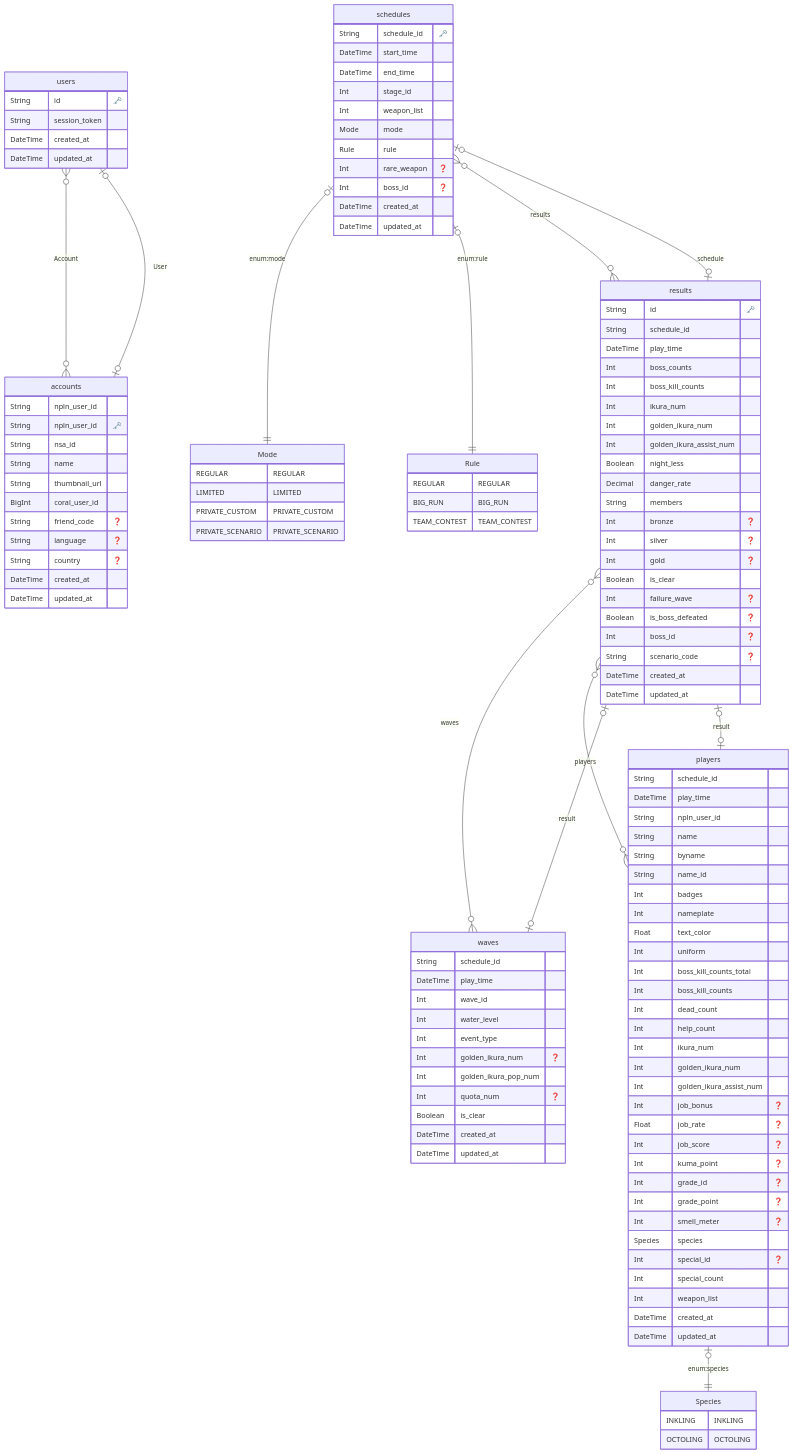
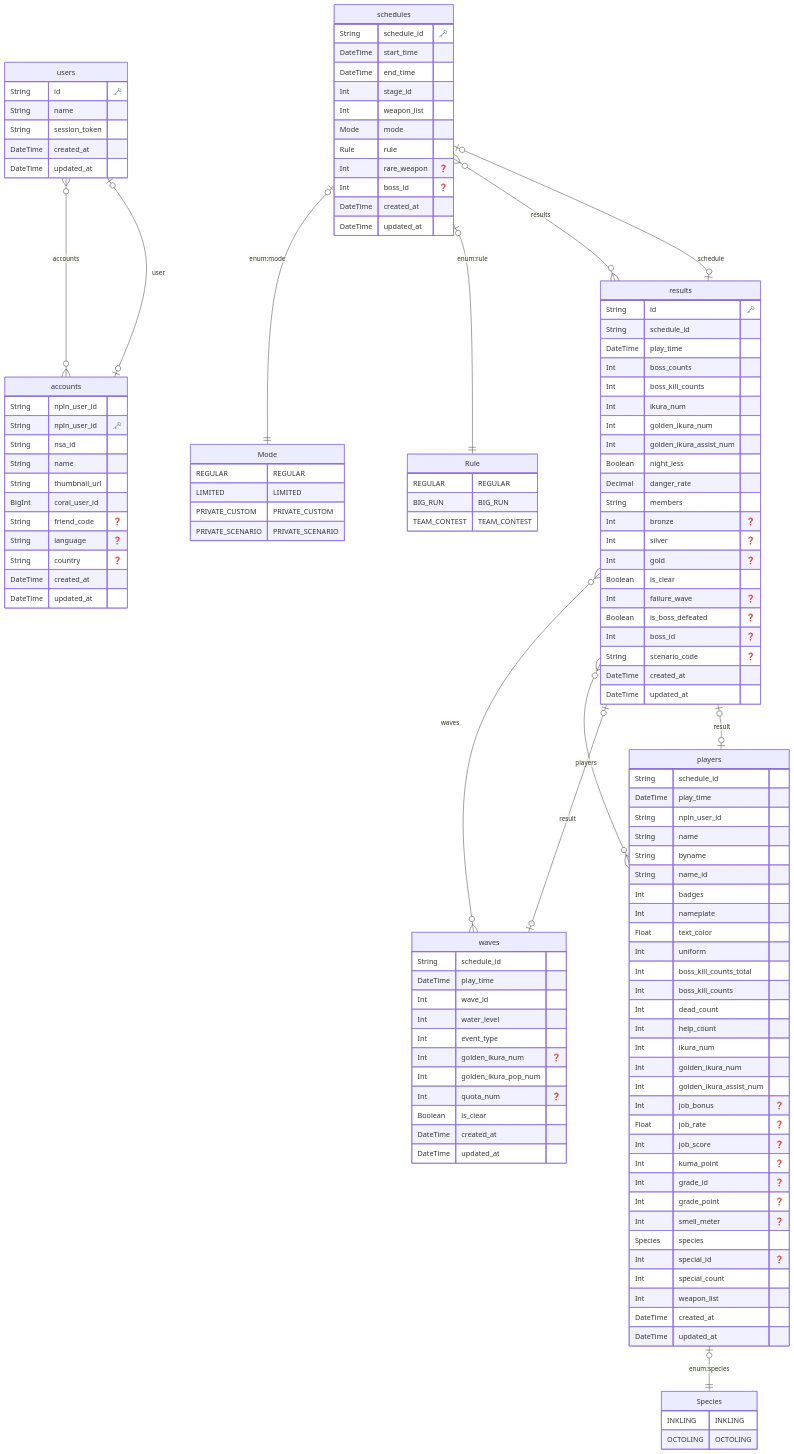
The diagram in prisma/erd.md (salmonstats3/av5ja_stats_api), drawn with Mermaid before and after one commit. The commit also changed 5 other files, not shown here.

```diff
--- a/prisma/erd.md
+++ b/prisma/erd.md
@@ -25,6 +25,7 @@
     
   "users" {
     String id "🗝️"
+    String name 
     String session_token 
     DateTime created_at 
     DateTime updated_at 
@@ -134,8 +135,8 @@
     DateTime updated_at 
     }
   
-    "users" o{--}o "accounts" : "Account"
-    "accounts" o|--|o "users" : "User"
+    "users" o{--}o "accounts" : "accounts"
+    "accounts" o|--|o "users" : "user"
     "schedules" o|--|| "Mode" : "enum:mode"
     "schedules" o|--|| "Rule" : "enum:rule"
     "schedules" o{--}o "results" : "results"
```
